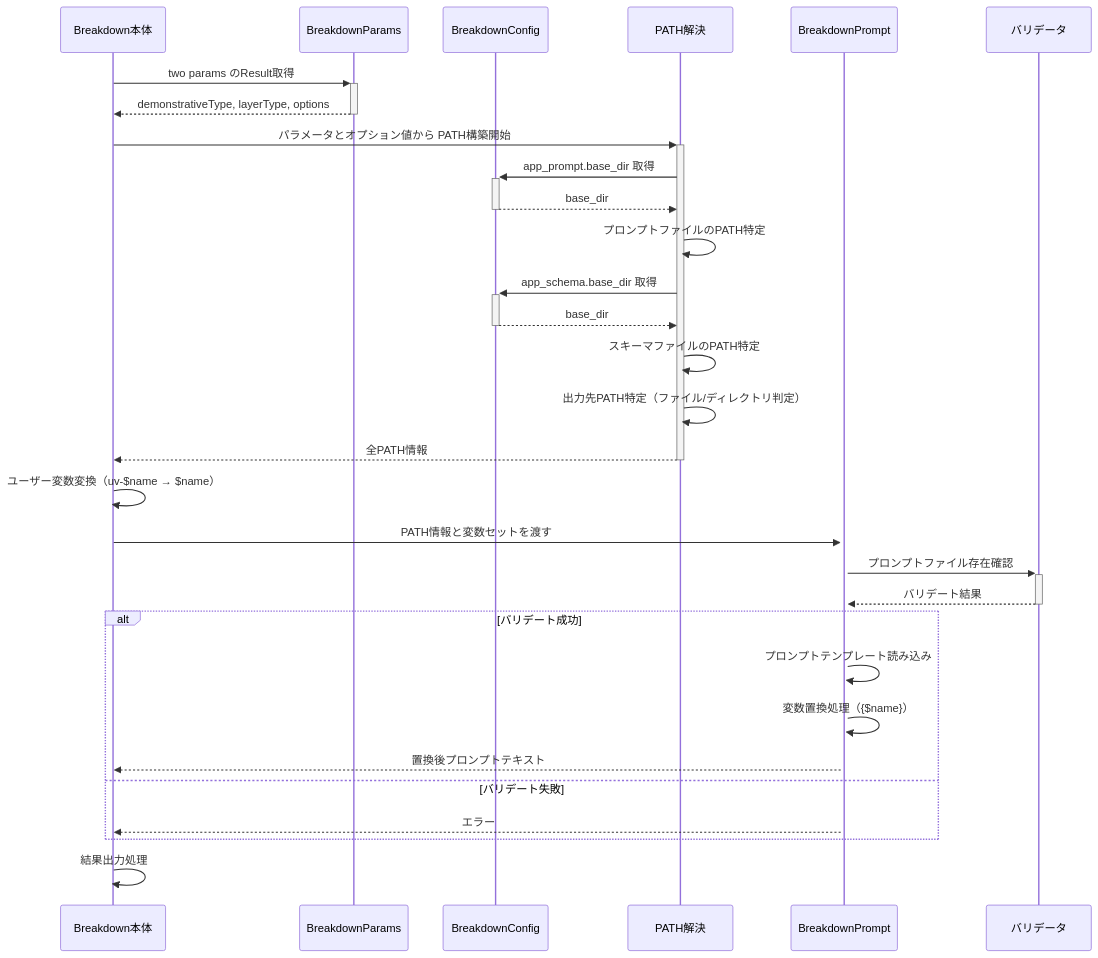
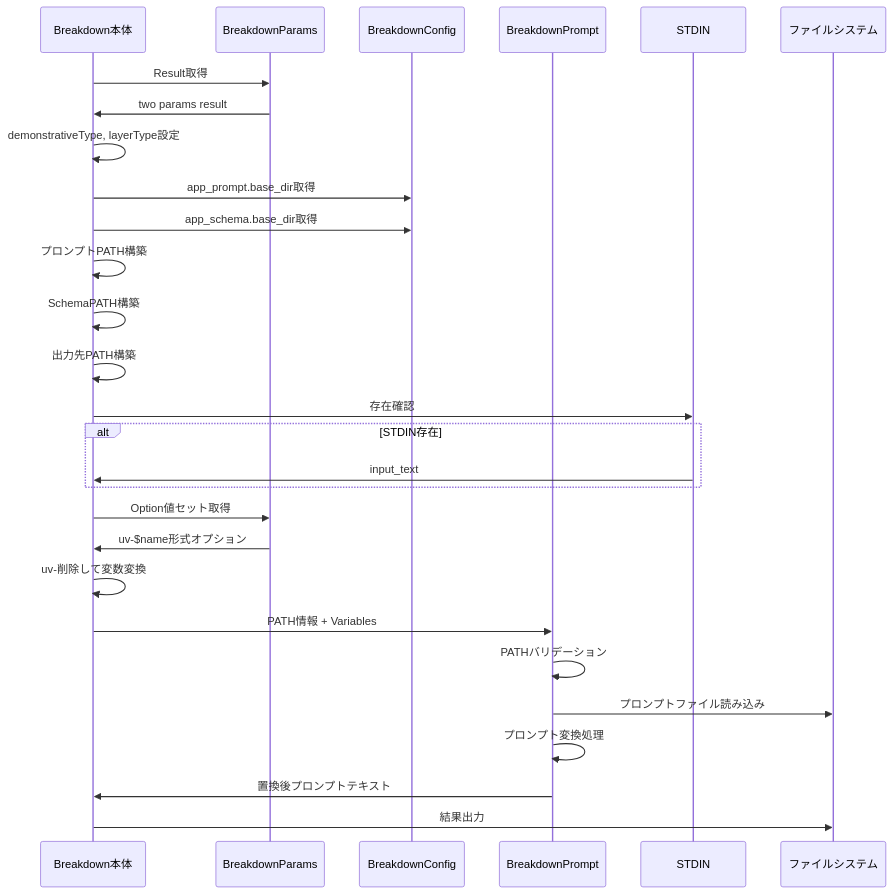
Before and after one commit to tettuan/breakdown: the third of 5 diagrams in docs/breakdown/architecture.ja.md, drawn with Mermaid. The commit also changed other lines of this file, not shown here.

First line of the commit message:
docs: アーキテクチャ文書に階層別シーケンス図を追加

````diff
--- a/docs/breakdown/architecture.ja.md
+++ b/docs/breakdown/architecture.ja.md
@@ -158,41 +198,36 @@
 ```mermaid
 sequenceDiagram
-    participant CLI as Breakdown本体
+    participant Core as Breakdown本体
     participant Params as BreakdownParams
     participant Config as BreakdownConfig
-    participant PathResolver as PATH解決
     participant Prompt as BreakdownPrompt
-    participant Validator as バリデータ
-
-    CLI->>+Params: two params のResult取得
-    Params-->>-CLI: demonstrativeType, layerType, options
+    participant STDIN
+    participant FileSystem as ファイルシステム
     
-    CLI->>+PathResolver: パラメータとオプション値から PATH構築開始
+    Core->>Params: Result取得
+    Params->>Core: two params result
     
-    PathResolver->>+Config: app_prompt.base_dir 取得
-    Config-->>-PathResolver: base_dir
-    PathResolver->>PathResolver: プロンプトファイルのPATH特定
+    Core->>Core: demonstrativeType, layerType設定
+    Core->>Config: app_prompt.base_dir取得
+    Core->>Config: app_schema.base_dir取得
+    Core->>Core: プロンプトPATH構築
+    Core->>Core: SchemaPATH構築
+    Core->>Core: 出力先PATH構築
     
-    PathResolver->>+Config: app_schema.base_dir 取得
-    Config-->>-PathResolver: base_dir
-    PathResolver->>PathResolver: スキーマファイルのPATH特定
-    
-    PathResolver->>PathResolver: 出力先PATH特定（ファイル/ディレクトリ判定）
-    PathResolver-->>-CLI: 全PATH情報
-    
-    CLI->>CLI: ユーザー変数変換（uv-$name → $name）
-    
-    CLI->>+Prompt: PATH情報と変数セットを渡す
-    Prompt->>+Validator: プロンプトファイル存在確認
-    Validator-->>-Prompt: バリデート結果
-    
-    alt バリデート成功
-        Prompt->>Prompt: プロンプトテンプレート読み込み
-        Prompt->>Prompt: 変数置換処理（{$name}）
-        Prompt-->>CLI: 置換後プロンプトテキスト
-    else バリデート失敗
-        Prompt-->>CLI: エラー
+    Core->>STDIN: 存在確認
+    alt STDIN存在
+        STDIN->>Core: input_text
     end
     
-    CLI->>CLI: 結果出力処理
+    Core->>Params: Option値セット取得
+    Params->>Core: uv-$name形式オプション
+    Core->>Core: uv-削除して変数変換
+    
+    Core->>Prompt: PATH情報 + Variables
+    Prompt->>Prompt: PATHバリデーション
+    Prompt->>FileSystem: プロンプトファイル読み込み
+    Prompt->>Prompt: プロンプト変換処理
+    Prompt->>Core: 置換後プロンプトテキスト
+    
+    Core->>FileSystem: 結果出力
 ```
````
